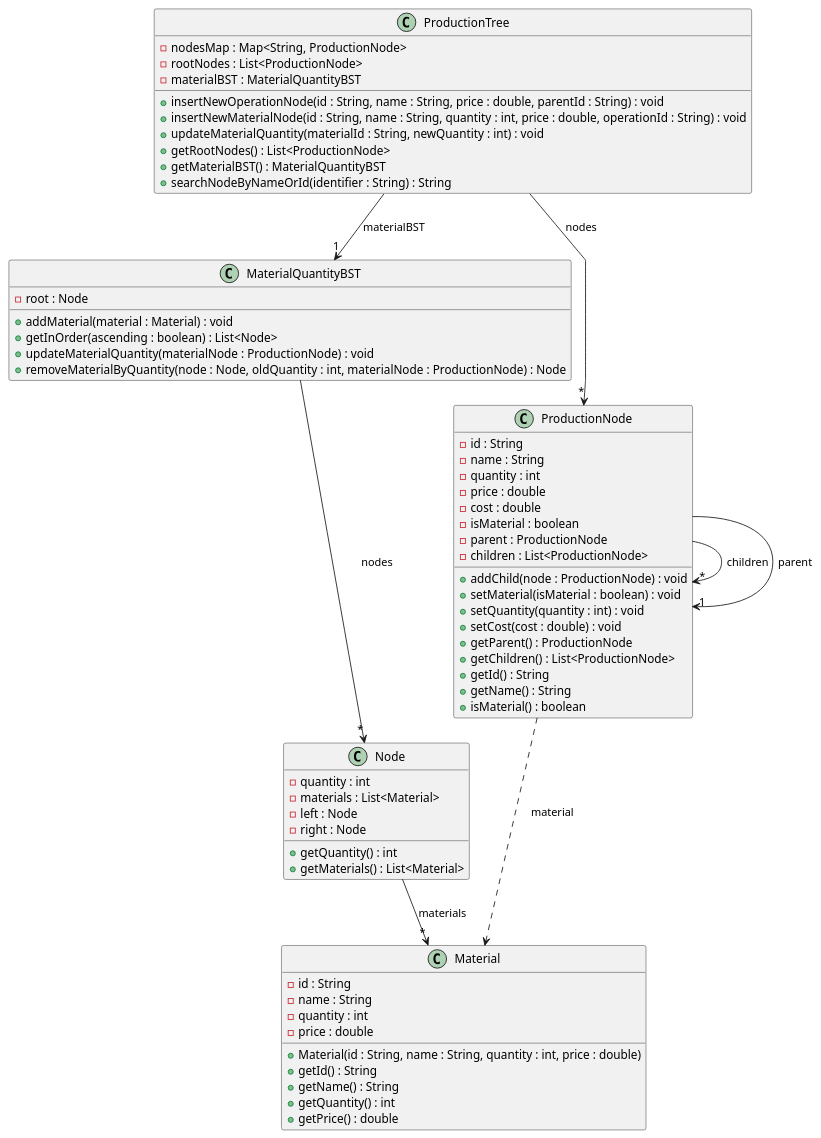
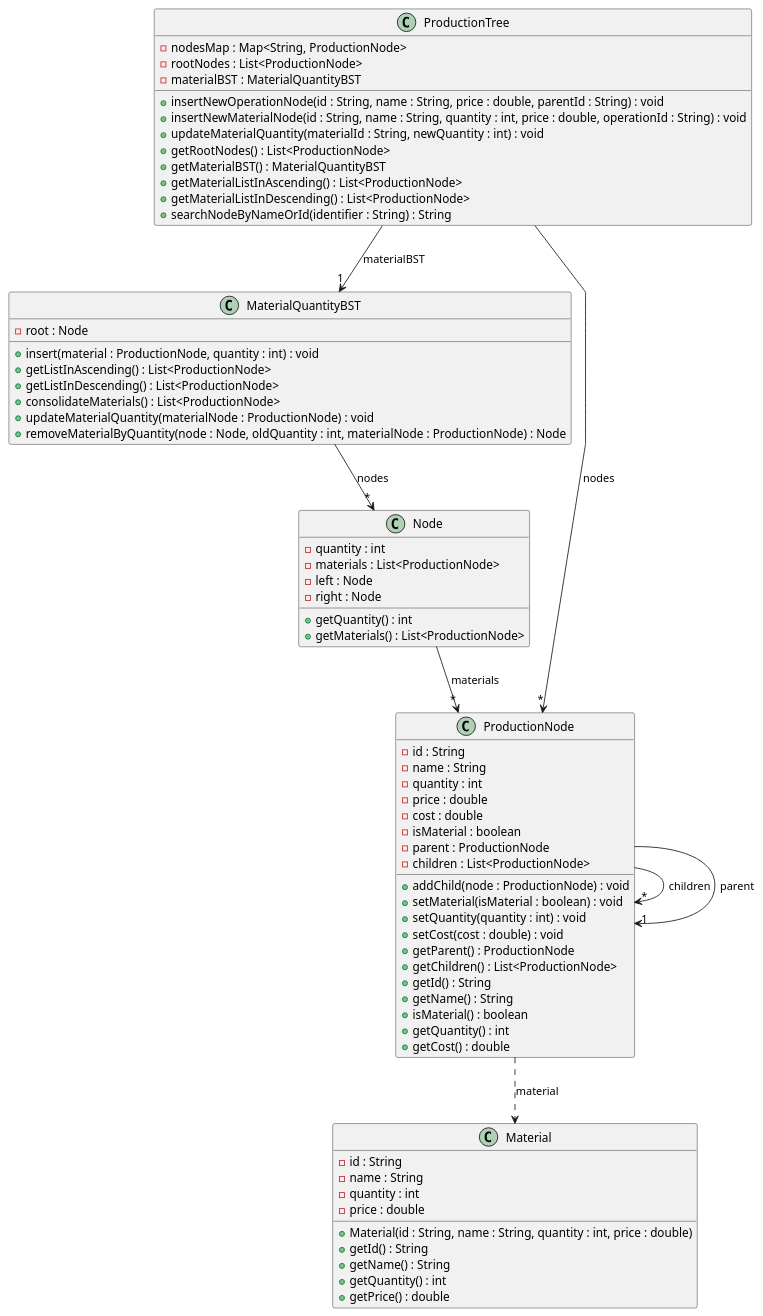
Before and after one commit to ricardomm7/buildflow: the diagram in others/documentation/usEI11/design/puml/class-diagram.puml, drawn with PlantUML. The commit also changed 37 other files, not shown here.

```diff
--- a/others/documentation/usEI11/design/puml/class-diagram.puml
+++ b/others/documentation/usEI11/design/puml/class-diagram.puml
@@ -1,76 +1,83 @@
 @startuml
 skinparam packageStyle rectangle
 skinparam shadowing false
 skinparam linetype polyline
 
 'left to right direction
 
 class ProductionTree {
     - nodesMap : Map<String, ProductionNode>
     - rootNodes : List<ProductionNode>
     - materialBST : MaterialQuantityBST
     + insertNewOperationNode(id : String, name : String, price : double, parentId : String) : void
     + insertNewMaterialNode(id : String, name : String, quantity : int, price : double, operationId : String) : void
     + updateMaterialQuantity(materialId : String, newQuantity : int) : void
     + getRootNodes() : List<ProductionNode>
     + getMaterialBST() : MaterialQuantityBST
+    + getMaterialListInAscending() : List<ProductionNode>
+    + getMaterialListInDescending() : List<ProductionNode>
     + searchNodeByNameOrId(identifier : String) : String
 }
 
 class MaterialQuantityBST {
     - root : Node
-    + addMaterial(material : Material) : void
-    + getInOrder(ascending : boolean) : List<Node>
+    + insert(material : ProductionNode, quantity : int) : void
+    + getListInAscending() : List<ProductionNode>
+    + getListInDescending() : List<ProductionNode>
+    + consolidateMaterials() : List<ProductionNode>
     + updateMaterialQuantity(materialNode : ProductionNode) : void
     + removeMaterialByQuantity(node : Node, oldQuantity : int, materialNode : ProductionNode) : Node
 }
 
 class Node {
     - quantity : int
-    - materials : List<Material>
+    - materials : List<ProductionNode>
     - left : Node
     - right : Node
     + getQuantity() : int
-    + getMaterials() : List<Material>
+    + getMaterials() : List<ProductionNode>
 }
 
 class Material {
     - id : String
     - name : String
     - quantity : int
     - price : double
     + Material(id : String, name : String, quantity : int, price : double)
     + getId() : String
     + getName() : String
     + getQuantity() : int
     + getPrice() : double
 }
 
 class ProductionNode {
     - id : String
     - name : String
     - quantity : int
     - price : double
     - cost : double
     - isMaterial : boolean
     - parent : ProductionNode
     - children : List<ProductionNode>
     + addChild(node : ProductionNode) : void
     + setMaterial(isMaterial : boolean) : void
     + setQuantity(quantity : int) : void
     + setCost(cost : double) : void
     + getParent() : ProductionNode
     + getChildren() : List<ProductionNode>
     + getId() : String
     + getName() : String
     + isMaterial() : boolean
+    + getQuantity() : int
+    + getCost() : double
 }
 
 ProductionTree --> "*" ProductionNode : nodes
 ProductionTree --> "1" MaterialQuantityBST : materialBST
 MaterialQuantityBST --> "*" Node : nodes
-Node --> "*" Material : materials
+Node --> "*" ProductionNode : materials
 ProductionNode --> "*" ProductionNode : children
 ProductionNode --> "1" ProductionNode : parent
 ProductionNode ..> Material : material
+
 @enduml
```
